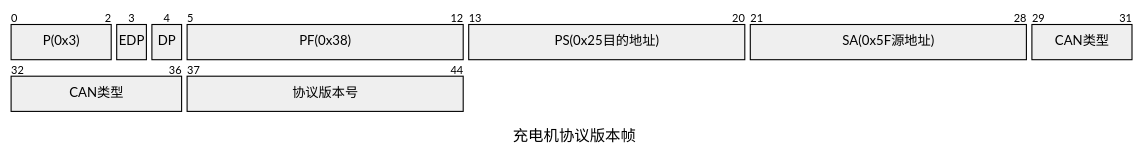
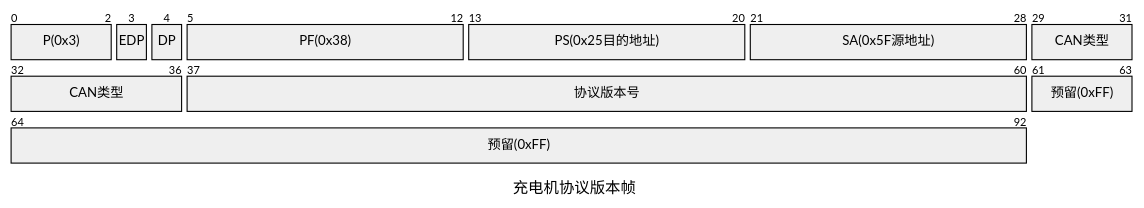
Before and after one commit to caipiaoyibowan/gbt-27930-markdown-obsidian: the second of 28 diagrams in B类系统.md, drawn with Mermaid. The commit also changed other lines of this file, not shown here.

````diff
--- a/B类系统.md
+++ b/B类系统.md
@@ -78,18 +100,19 @@
 ```mermaid
 %%elk%%
 ---
 config:
     packet:
         bitsPerRow: 29
 ---
 packet
 title 充电机协议版本帧
 +3: "P(0x3)"
 +1: "EDP"
 +1: "DP"
 +8: "PF(0x38)"
 +8: "PS(0x25目的地址)"
 +8: "SA(0x5F源地址)"
 +8: "CAN类型"
-+8: "协议版本号"
++24: "协议版本号"
++32: "预留(0xFF)"
 ```
````
